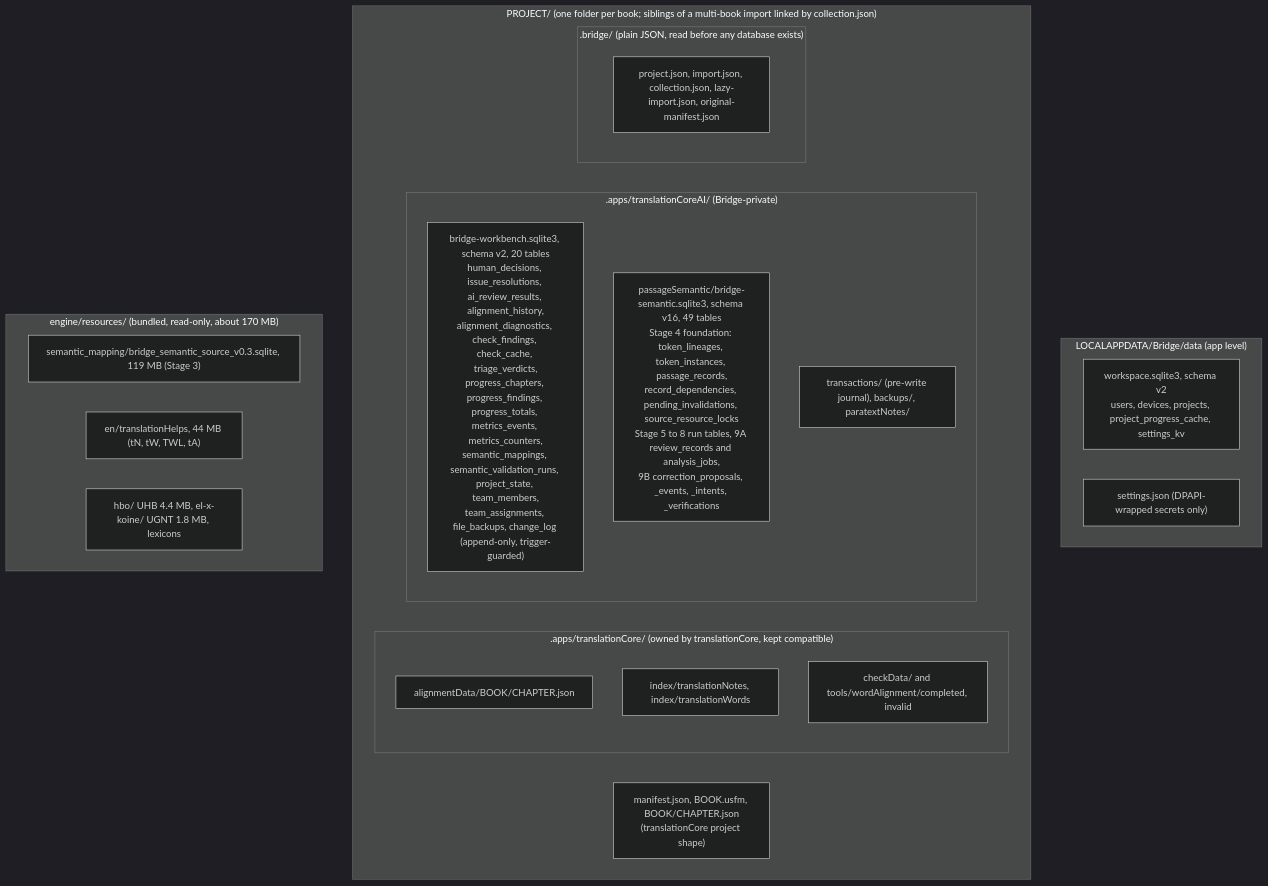
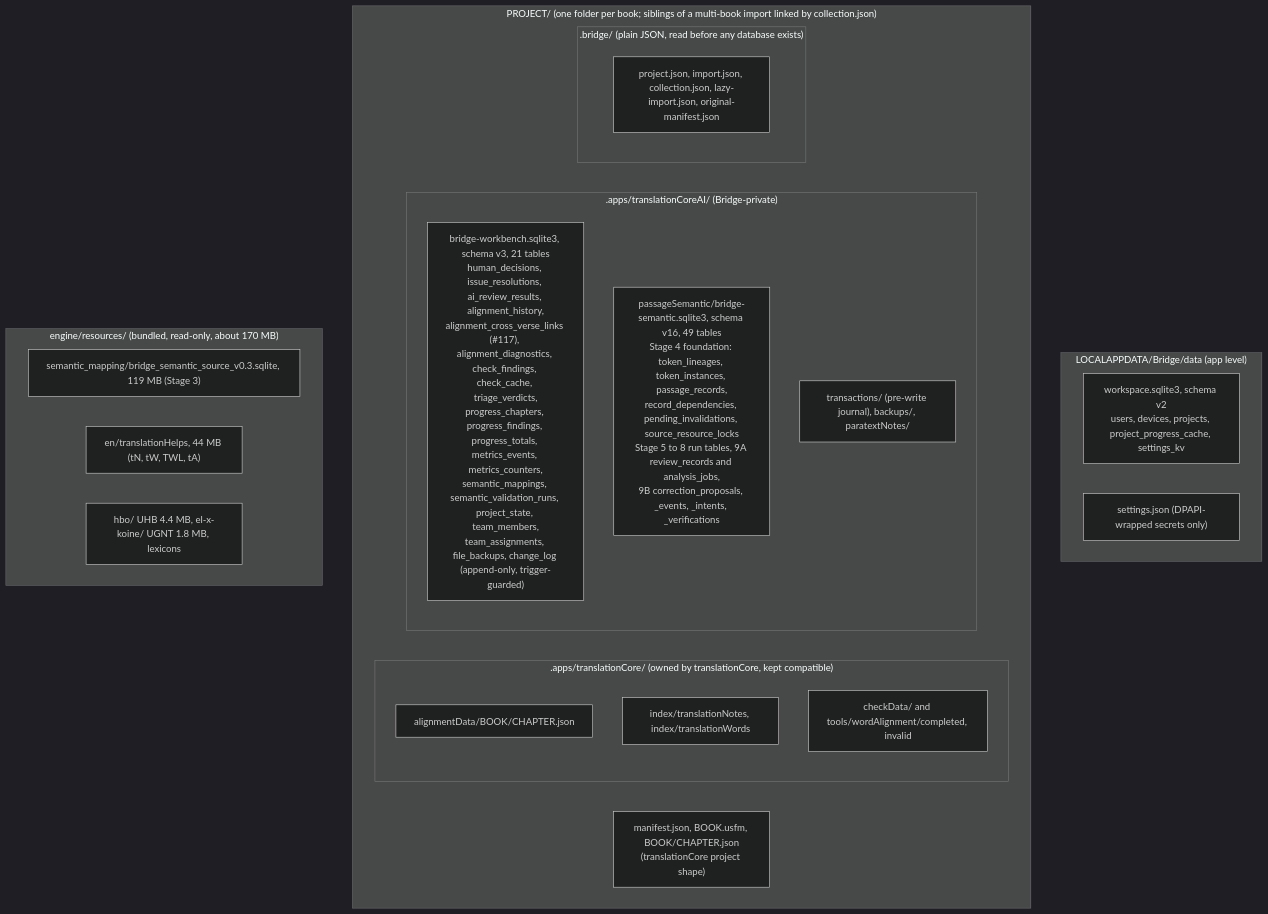
Before and after one commit to RevantCI/bridge: the second of 4 diagrams in docs/ARCHITECTURE.md, drawn with Mermaid (dark theme). The commit also changed other lines of this file and 17 other files, not shown here.

````diff
--- a/docs/ARCHITECTURE.md
+++ b/docs/ARCHITECTURE.md
@@ -82,28 +82,28 @@
 ```mermaid
 flowchart TB
   subgraph App["LOCALAPPDATA/Bridge/data (app level)"]
     WS["workspace.sqlite3, schema v2<br/>users, devices, projects, project_progress_cache, settings_kv"]
     SJ["settings.json (DPAPI-wrapped secrets only)"]
   end
   subgraph Proj["PROJECT/ (one folder per book; siblings of a multi-book import linked by collection.json)"]
     M["manifest.json, BOOK.usfm, BOOK/CHAPTER.json<br/>(translationCore project shape)"]
     subgraph TCdir[".apps/translationCore/ (owned by translationCore, kept compatible)"]
       AD["alignmentData/BOOK/CHAPTER.json"]
       IDX["index/translationNotes, index/translationWords"]
       CD["checkData/ and tools/wordAlignment/completed, invalid"]
     end
     subgraph AIdir[".apps/translationCoreAI/ (Bridge-private)"]
-      WB["bridge-workbench.sqlite3, schema v2, 20 tables<br/>human_decisions, issue_resolutions, ai_review_results, alignment_history,<br/>alignment_diagnostics, check_findings, check_cache, triage_verdicts,<br/>progress_chapters, progress_findings, progress_totals, metrics_events, metrics_counters,<br/>semantic_mappings, semantic_validation_runs, project_state, team_members,<br/>team_assignments, file_backups, change_log (append-only, trigger-guarded)"]
+      WB["bridge-workbench.sqlite3, schema v3, 21 tables<br/>human_decisions, issue_resolutions, ai_review_results, alignment_history,<br/>alignment_cross_verse_links (#117), alignment_diagnostics, check_findings, check_cache, triage_verdicts,<br/>progress_chapters, progress_findings, progress_totals, metrics_events, metrics_counters,<br/>semantic_mappings, semantic_validation_runs, project_state, team_members,<br/>team_assignments, file_backups, change_log (append-only, trigger-guarded)"]
       SEM["passageSemantic/bridge-semantic.sqlite3, schema v16, 49 tables<br/>Stage 4 foundation: token_lineages, token_instances, passage_records,<br/>record_dependencies, pending_invalidations, source_resource_locks<br/>Stage 5 to 8 run tables, 9A review_records and analysis_jobs,<br/>9B correction_proposals, _events, _intents, _verifications"]
       TX["transactions/ (pre-write journal), backups/, paratextNotes/"]
     end
     subgraph Bdir[".bridge/ (plain JSON, read before any database exists)"]
       BJ["project.json, import.json, collection.json, lazy-import.json, original-manifest.json"]
     end
   end
   subgraph Res["engine/resources/ (bundled, read-only, about 170 MB)"]
     R1["semantic_mapping/bridge_semantic_source_v0.3.sqlite, 119 MB (Stage 3)"]
     R2["en/translationHelps, 44 MB (tN, tW, TWL, tA)"]
     R3["hbo/ UHB 4.4 MB, el-x-koine/ UGNT 1.8 MB, lexicons"]
   end
 ```
````
